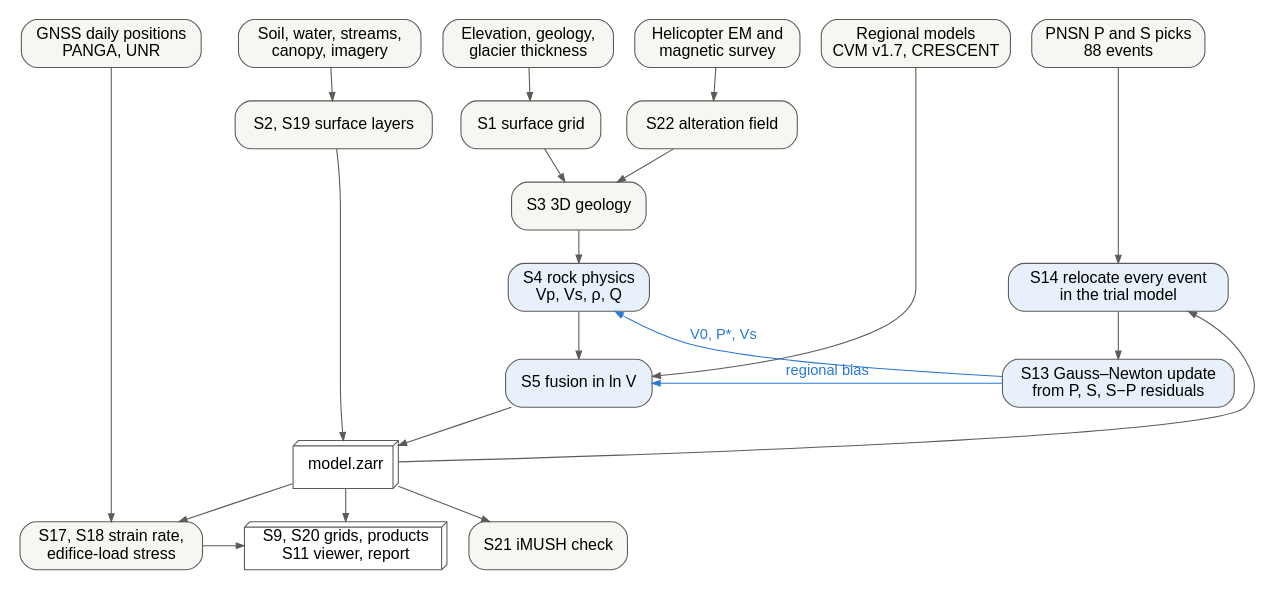
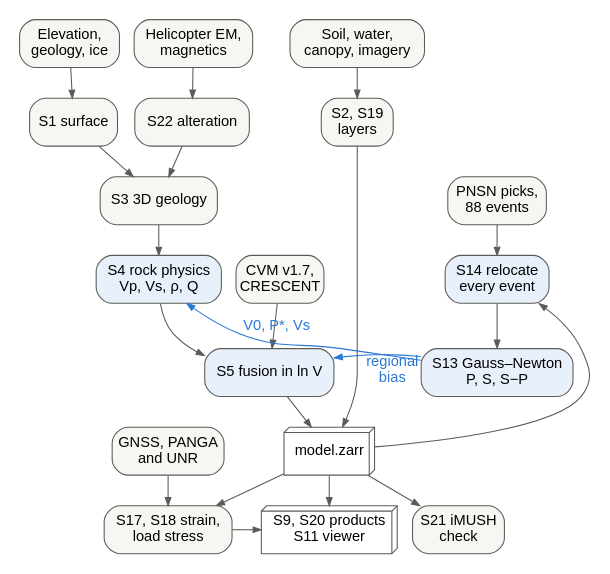
The diagram in docs/paper/workflow.dot (Denolle-Lab/mt-rainier-digital-model), drawn with Graphviz before and after one commit. The commit also changed 73 other files, not shown here.

```diff
--- a/docs/paper/workflow.dot
+++ b/docs/paper/workflow.dot
@@ -1,47 +1,49 @@
 // rainier3d workflow. scripts/23_paper.py renders it to docs/paper/figures/fig0_workflow.{svg,pdf}.
 // Top: original archives; middle: model chain; right: calibration loop; bottom: checks and products.
+// Sized for print: at most 6.5 in (468 pt) wide with 11 pt text, so it prints at 11 pt or more on US letter.
 digraph rainier3d {
-  graph [rankdir=TB, fontname="Helvetica", fontsize=12, nodesep=0.22, ranksep=0.34, pad=0.1, newrank=true];
-  node  [shape=box, style="rounded,filled", fontname="Helvetica", fontsize=12, color="#5c5b57", fillcolor="#f7f6f2",
-         margin="0.10,0.05", penwidth=0.8];
+  graph [rankdir=TB, fontname="Helvetica", fontsize=11, nodesep=0.15, ranksep=0.3, pad=0.1, newrank=true];
+  node  [shape=box, style="rounded,filled", fontname="Helvetica", fontsize=11, color="#5c5b57", fillcolor="#f7f6f2",
+         margin="0.06,0.04", penwidth=0.8];
   edge  [color="#5c5b57", arrowsize=0.6, penwidth=0.8, fontname="Helvetica", fontsize=11];
 
   // original archives
-  dem   [label="Elevation, geology,\nglacier thickness"];
-  em    [label="Helicopter EM and\nmagnetic survey"];
-  env   [label="Soil, water, streams,\ncanopy, imagery"];
-  reg   [label="Regional models\nCVM v1.7, CRESCENT"];
-  pnsn  [label="PNSN P and S picks\n88 events"];
-  gnss  [label="GNSS daily positions\nPANGA, UNR"];
-  { rank=same; dem; em; env; reg; pnsn; gnss; }
+  dem   [label="Elevation,\ngeology, ice"];
+  em    [label="Helicopter EM,\nmagnetics"];
+  env   [label="Soil, water,\ncanopy, imagery"];
+  reg   [label="CVM v1.7,\nCRESCENT"];
+  pnsn  [label="PNSN picks,\n88 events"];
+  gnss  [label="GNSS, PANGA\nand UNR"];
+  { rank=same; dem; em; env; }
 
   // model chain
-  s1  [label="S1 surface grid"];
-  s22 [label="S22 alteration field"];
-  s2  [label="S2, S19 surface layers"];
+  s1  [label="S1 surface"];
+  s22 [label="S22 alteration"];
+  s2  [label="S2, S19\nlayers"];
   s3  [label="S3 3D geology"];
   s4  [label="S4 rock physics\nVp, Vs, ρ, Q", fillcolor="#e8f0fb"];
   s5  [label="S5 fusion in ln V", fillcolor="#e8f0fb"];
   mdl [label="model.zarr", shape=box3d, fillcolor="#ffffff"];
   { rank=same; s1; s22; s2; }
 
   // calibration loop
-  s14 [label="S14 relocate every event\nin the trial model", fillcolor="#e8f0fb"];
-  s13 [label="S13 Gauss–Newton update\nfrom P, S, S−P residuals", fillcolor="#e8f0fb"];
+  s14 [label="S14 relocate\nevery event", fillcolor="#e8f0fb"];
+  s13 [label="S13 Gauss–Newton\nP, S, S−P", fillcolor="#e8f0fb"];
   { rank=same; s4; s14; }
   { rank=same; s5; s13; }
+  s5 -> s13 [style=invis, minlen=3];
 
   // checks and products
-  s21 [label="S21 iMUSH check"];
-  s17 [label="S17, S18 strain rate,\nedifice-load stress"];
-  out [label="S9, S20 grids, products\nS11 viewer, report", shape=box3d, fillcolor="#ffffff"];
+  s21 [label="S21 iMUSH\ncheck"];
+  s17 [label="S17, S18 strain,\nload stress"];
+  out [label="S9, S20 products\nS11 viewer", shape=box3d, fillcolor="#ffffff"];
   { rank=same; s21; s17; out; }
 
   dem -> s1; em -> s22; env -> s2;
   s1 -> s3; s22 -> s3; s3 -> s4 -> s5 -> mdl; s2 -> mdl; reg -> s5;
   pnsn -> s14; mdl -> s14 [constraint=false];
   s14 -> s13;
   s13 -> s4 [label="V0, P*, Vs", color="#2a78d6", fontcolor="#2a78d6", constraint=false];
-  s13 -> s5 [label="regional bias", color="#2a78d6", fontcolor="#2a78d6", constraint=false];
+  s13 -> s5 [xlabel="regional\nbias", color="#2a78d6", fontcolor="#2a78d6", constraint=false];
   mdl -> s21; mdl -> s17; mdl -> out; gnss -> s17; s17 -> out;
 }
```
